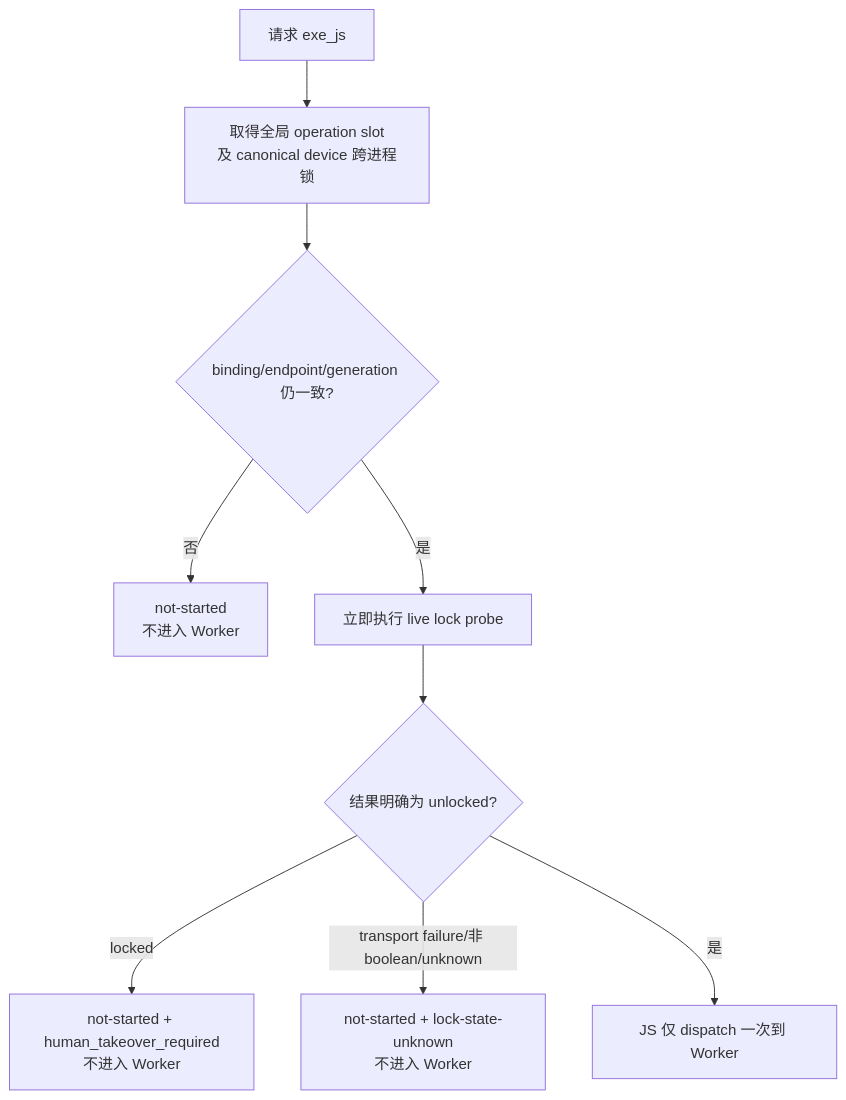
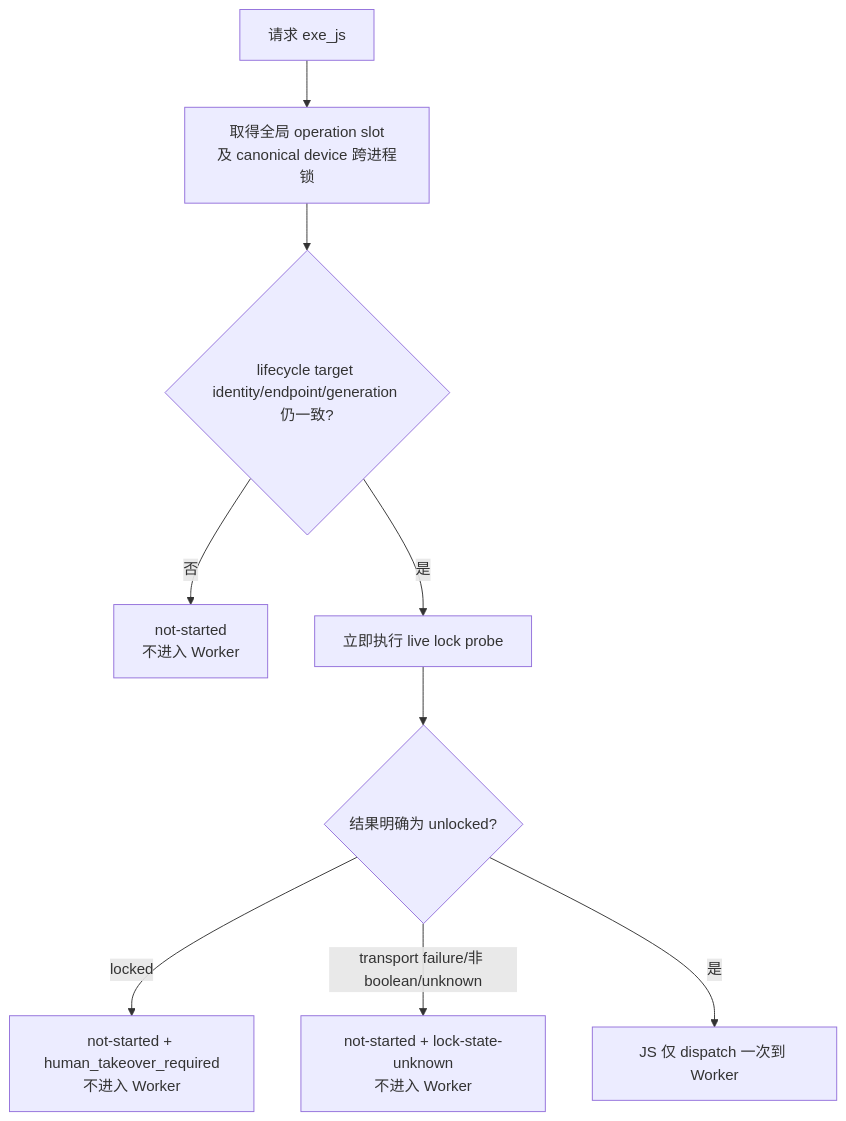
Before and after one commit to houlianpi/Maat: the fifth of 6 diagrams in docs/maat-mvp-technical-design.md, drawn with Mermaid. The commit also changed other lines of this file and 5 other files, not shown here.

````diff
--- a/docs/maat-mvp-technical-design.md
+++ b/docs/maat-mvp-technical-design.md
@@ -413,11 +467,11 @@
 ```mermaid
 flowchart TD
     A[请求 exe_js] --> B[取得全局 operation slot<br/>及 canonical device 跨进程锁]
-    B --> C{binding/endpoint/generation 仍一致?}
+    B --> C{lifecycle target identity/endpoint/generation 仍一致?}
     C -- 否 --> D[not-started<br/>不进入 Worker]
     C -- 是 --> E[立即执行 live lock probe]
     E --> F{结果明确为 unlocked?}
     F -- locked --> G[not-started + human_takeover_required<br/>不进入 Worker]
     F -- transport failure/非 boolean/unknown --> H[not-started + lock-state-unknown<br/>不进入 Worker]
     F -- 是 --> I[JS 仅 dispatch 一次到 Worker]
 ```
````
